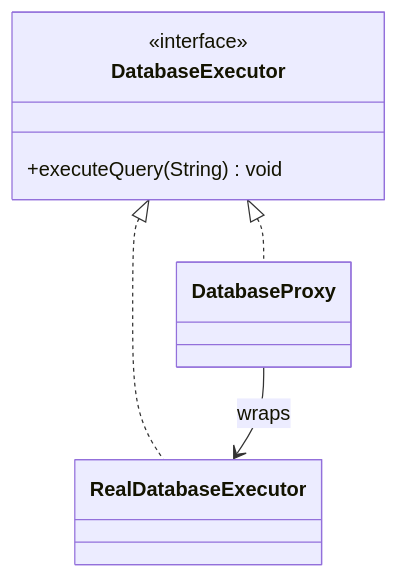
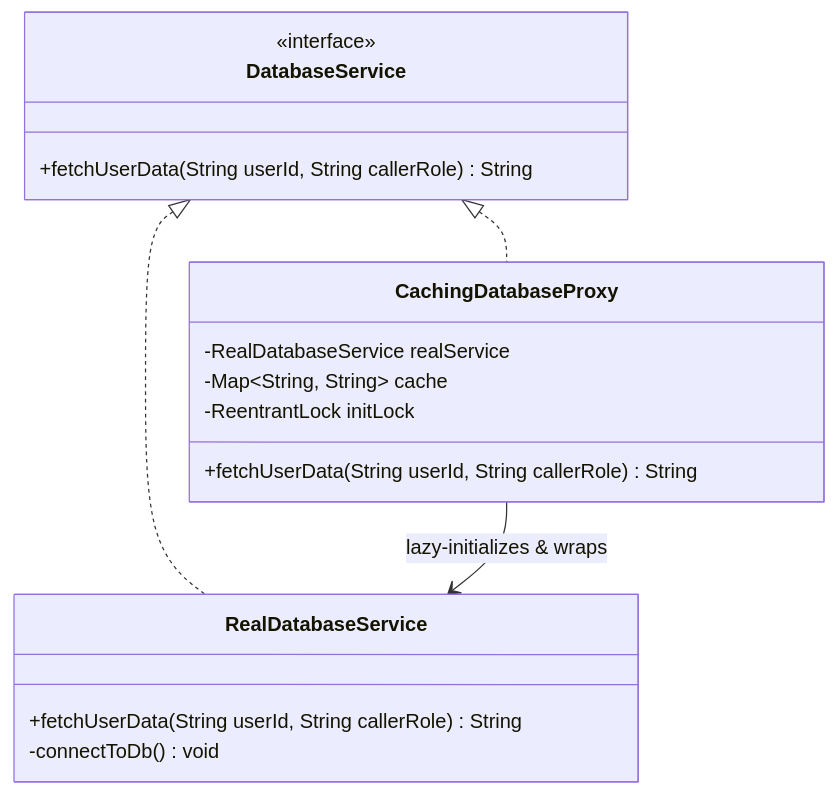
Before and after one commit to gp330841/interview: the first of 2 diagrams in low-level-design/concepts/12-proxy-pattern.md, drawn with Mermaid. The commit also changed other lines of this file and 66 other files, not shown here.

````diff
--- a/low-level-design/concepts/12-proxy-pattern.md
+++ b/low-level-design/concepts/12-proxy-pattern.md
@@ -16,10 +30,21 @@
 ```mermaid
 classDiagram
-    DatabaseExecutor <|.. RealDatabaseExecutor
-    DatabaseExecutor <|.. DatabaseProxy
-    DatabaseProxy --> RealDatabaseExecutor : wraps
-    class DatabaseExecutor {
+    direction TB
+    class DatabaseService {
         <<interface>>
-        +executeQuery(String) void
+        +fetchUserData(String userId, String callerRole) String
     }
+    class RealDatabaseService {
+        +fetchUserData(String userId, String callerRole) String
+        -connectToDb() void
+    }
+    class CachingDatabaseProxy {
+        -RealDatabaseService realService
+        -Map~String, String~ cache
+        -ReentrantLock initLock
+        +fetchUserData(String userId, String callerRole) String
+    }
+    DatabaseService <|.. RealDatabaseService
+    DatabaseService <|.. CachingDatabaseProxy
+    CachingDatabaseProxy --> RealDatabaseService : lazy-initializes & wraps
 ```
````
